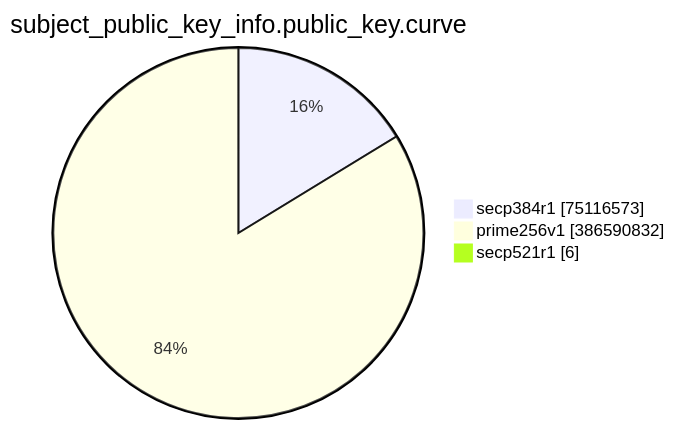
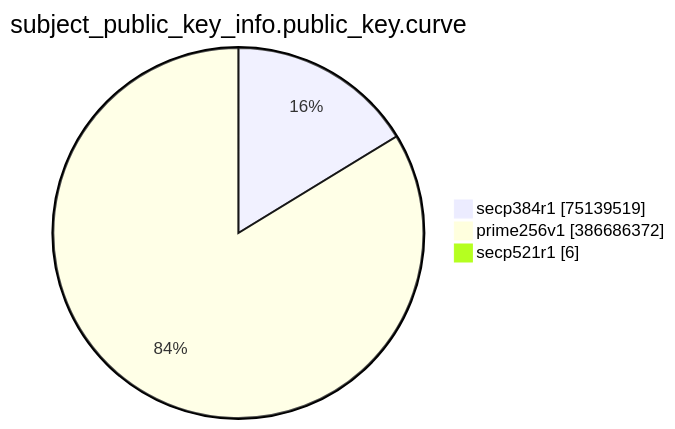
The eighth of 15 diagrams in TOTAL/README.md (christiankrug/ctmonitor_visualization), drawn with Mermaid before and after one commit. The commit also changed other lines of this file, not shown here.

````diff
--- a/TOTAL/README.md
+++ b/TOTAL/README.md
@@ -3094,7 +3094,7 @@
 ```mermaid
 pie showData
 title subject_public_key_info.public_key.curve
-"secp384r1" :75116573
-"prime256v1" :386590832
+"secp384r1" :75139519
+"prime256v1" :386686372
 "secp521r1" :6
 ```
````
